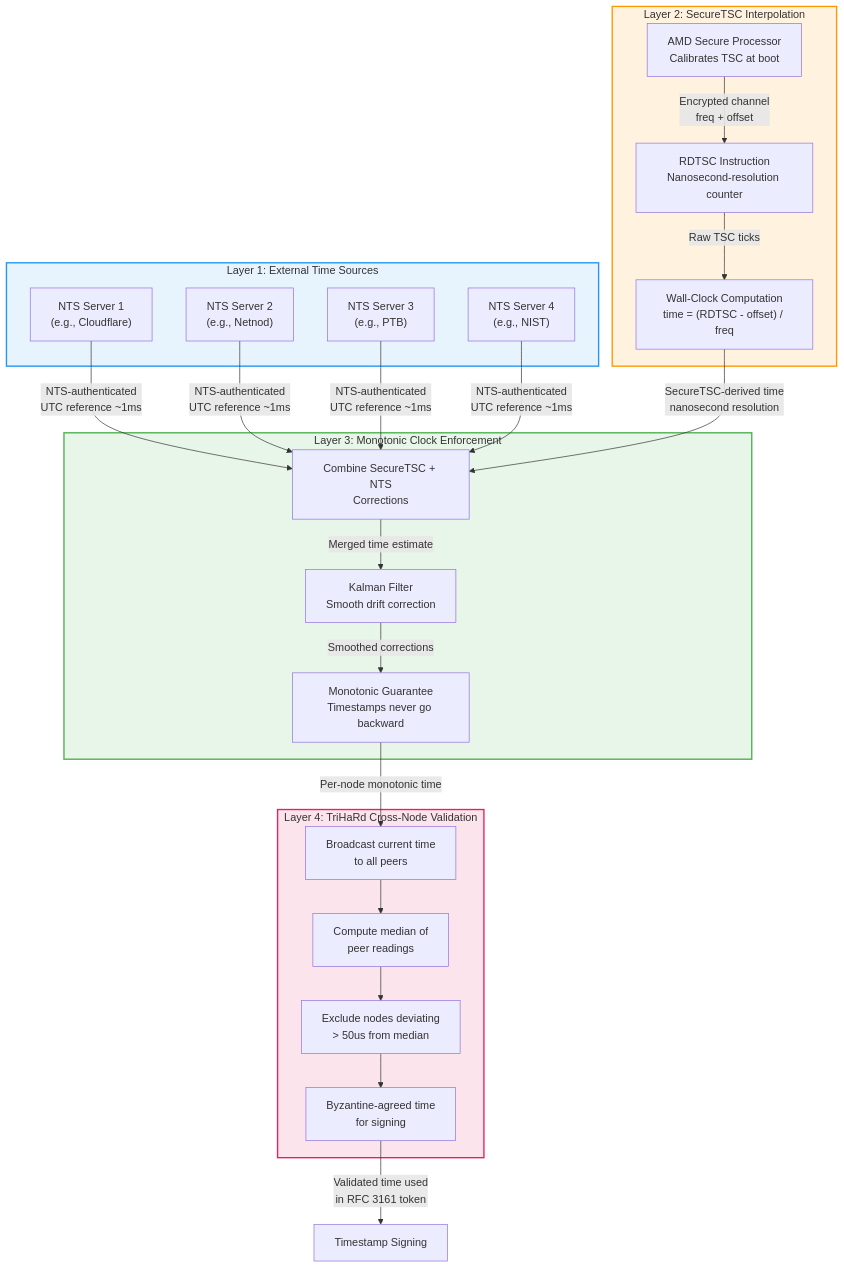
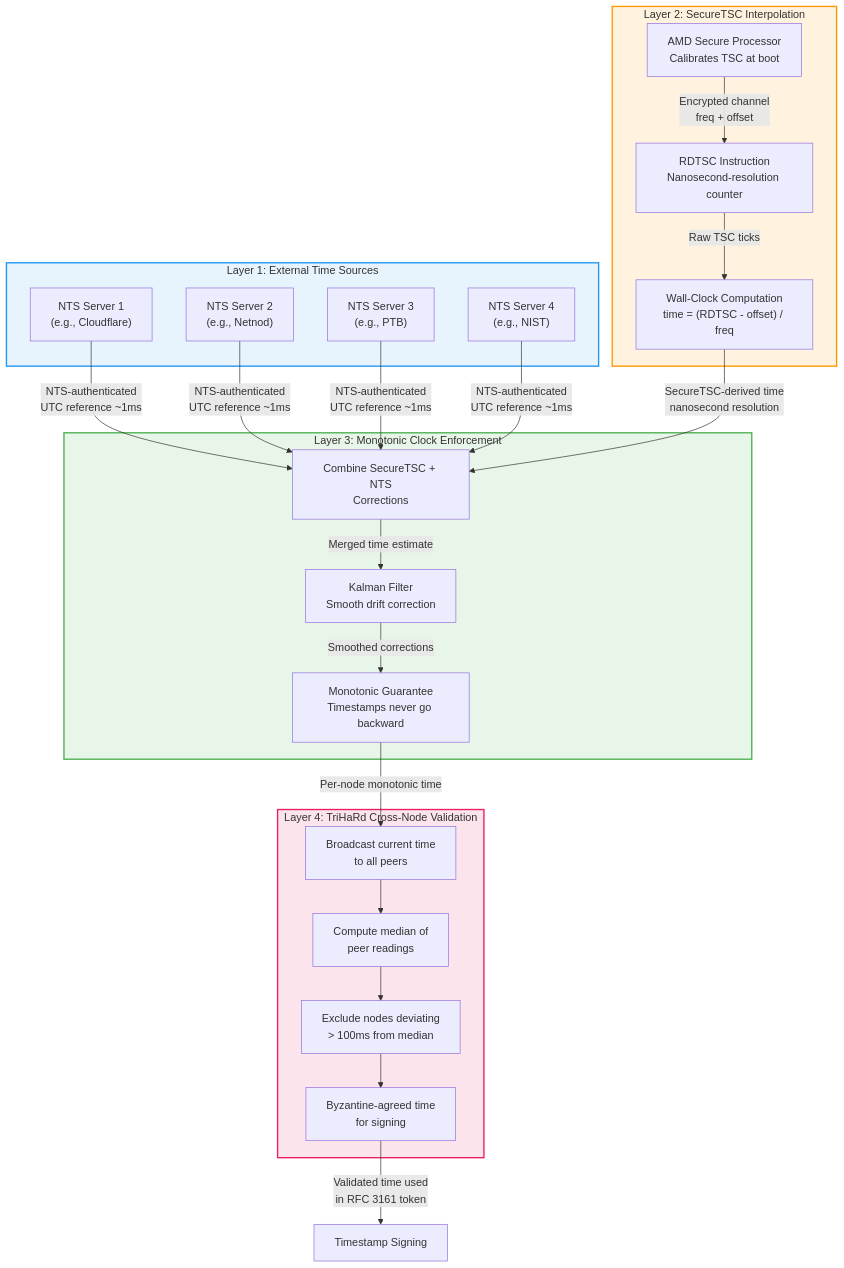
One commit to NickBorgers/confidential-computing-tsa changed the first of 4 diagrams in docs/02-confidential-computing-and-time.md. Above: the diagram before and after it, drawn with Mermaid. The commit also changed other lines of this file and 8 other files, not shown here.

````diff
--- a/docs/02-confidential-computing-and-time.md
+++ b/docs/02-confidential-computing-and-time.md
@@ -147,52 +147,52 @@
 ```mermaid
 flowchart TB
     subgraph Layer1["Layer 1: External Time Sources"]
         NTS1["NTS Server 1<br/>(e.g., Cloudflare)"]
         NTS2["NTS Server 2<br/>(e.g., Netnod)"]
         NTS3["NTS Server 3<br/>(e.g., PTB)"]
         NTS4["NTS Server 4<br/>(e.g., NIST)"]
     end
 
     subgraph Layer2["Layer 2: SecureTSC Interpolation"]
         AMDSP["AMD Secure Processor<br/>Calibrates TSC at boot"]
         RDTSC["RDTSC Instruction<br/>Nanosecond-resolution counter"]
         WALLCLOCK["Wall-Clock Computation<br/>time = (RDTSC - offset) / freq"]
     end
 
     subgraph Layer3["Layer 3: Monotonic Clock Enforcement"]
         COMBINE["Combine SecureTSC + NTS<br/>Corrections"]
         KALMAN["Kalman Filter<br/>Smooth drift correction"]
         MONO["Monotonic Guarantee<br/>Timestamps never go backward"]
     end
 
     subgraph Layer4["Layer 4: TriHaRd Cross-Node Validation"]
         BCAST["Broadcast current time<br/>to all peers"]
         MEDIAN["Compute median of<br/>peer readings"]
-        EXCLUDE["Exclude nodes deviating<br/>&gt; 50us from median"]
+        EXCLUDE["Exclude nodes deviating<br/>&gt; 100ms from median"]
         CONSENSUS["Byzantine-agreed time<br/>for signing"]
     end
 
     NTS1 -->|"NTS-authenticated<br/>UTC reference ~1ms"| COMBINE
     NTS2 -->|"NTS-authenticated<br/>UTC reference ~1ms"| COMBINE
     NTS3 -->|"NTS-authenticated<br/>UTC reference ~1ms"| COMBINE
     NTS4 -->|"NTS-authenticated<br/>UTC reference ~1ms"| COMBINE
 
     AMDSP -->|"Encrypted channel<br/>freq + offset"| RDTSC
     RDTSC -->|"Raw TSC ticks"| WALLCLOCK
     WALLCLOCK -->|"SecureTSC-derived time<br/>nanosecond resolution"| COMBINE
 
     COMBINE -->|"Merged time estimate"| KALMAN
     KALMAN -->|"Smoothed corrections"| MONO
 
     MONO -->|"Per-node monotonic time"| BCAST
     BCAST --> MEDIAN
     MEDIAN --> EXCLUDE
     EXCLUDE --> CONSENSUS
 
     CONSENSUS -->|"Validated time used<br/>in RFC 3161 token"| TSA["Timestamp Signing"]
 
     style Layer1 fill:#e8f4fd,stroke:#2196F3,stroke-width:2px
     style Layer2 fill:#fff3e0,stroke:#FF9800,stroke-width:2px
     style Layer3 fill:#e8f5e9,stroke:#4CAF50,stroke-width:2px
     style Layer4 fill:#fce4ec,stroke:#E91E63,stroke-width:2px
 ```
````
